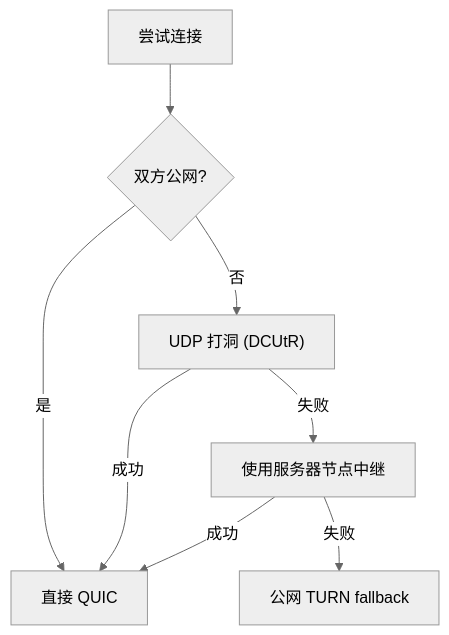
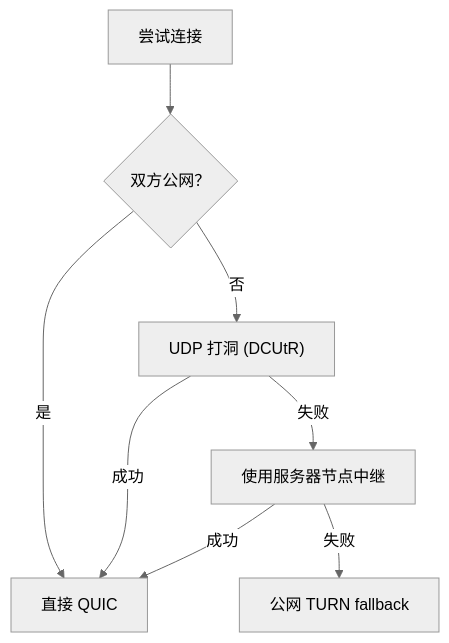
One commit to JLUCraft/docs changed the third of 3 diagrams in pages/design/network.md. Above: the diagram before and after it, drawn with Mermaid (neutral theme). The commit also changed other lines of this file and 23 other files, not shown here.

````diff
--- a/pages/design/network.md
+++ b/pages/design/network.md
@@ -56,10 +56,10 @@
 ```mermaid
 flowchart TB
-  S[尝试连接] --> P1{双方公网?}
+  S[尝试连接] --> P1{双方公网？}
   P1 -- 是 --> D[直接 QUIC]
   P1 -- 否 --> P2["UDP 打洞 (DCUtR)"]
   P2 -- 成功 --> D
   P2 -- 失败 --> P3[使用服务器节点中继]
   P3 -- 成功 --> D
   P3 -- 失败 --> P4[公网 TURN fallback]
 ```
````
